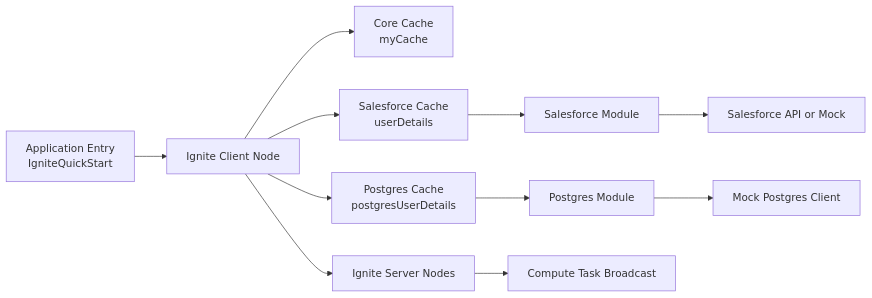
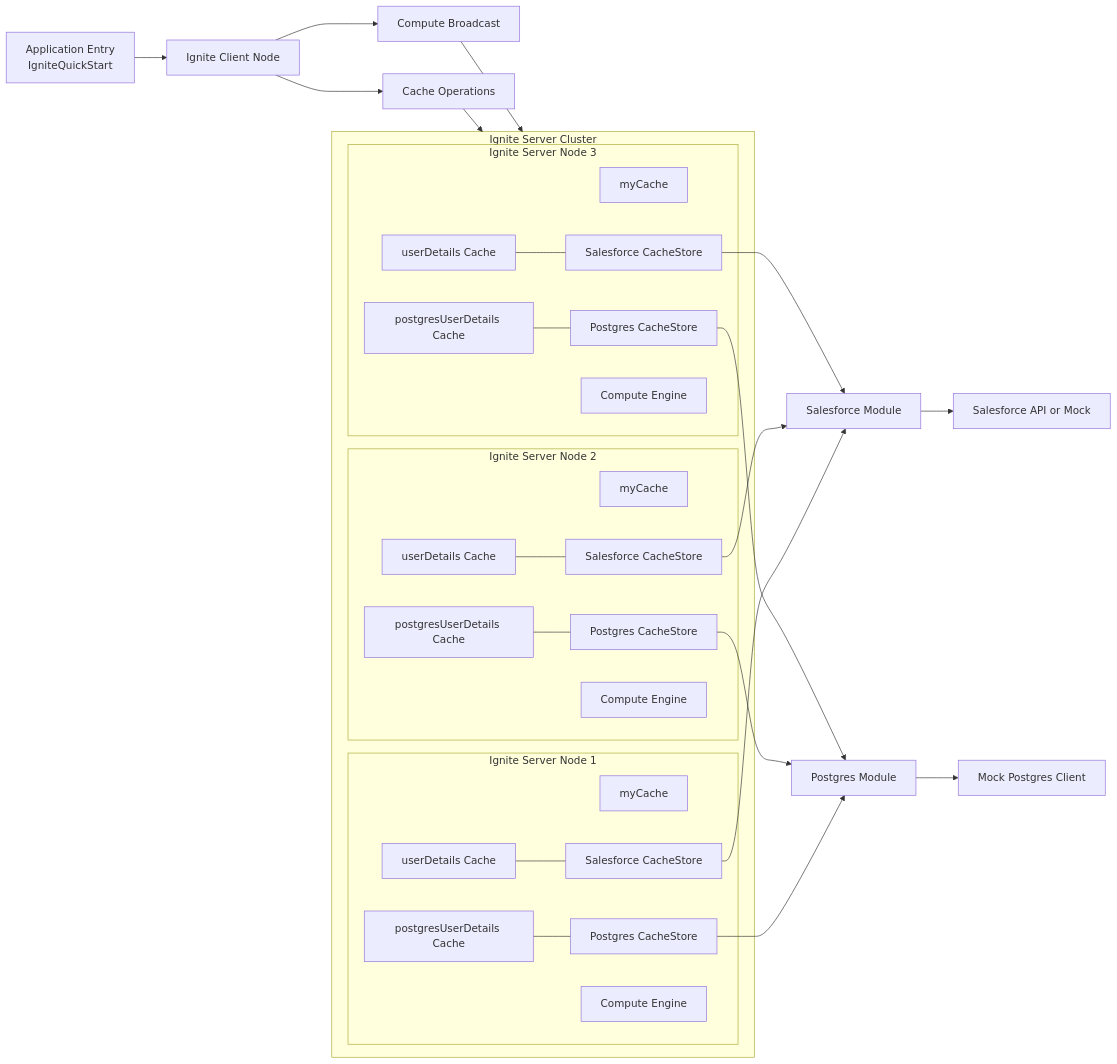
One commit to nmuppalla-mdvip/ignite-poc changed the diagram in docs/HIGH_LEVEL_BLOCK_DIAGRAM.md. Above: the diagram before and after it, drawn with Mermaid. The commit also changed other lines of this file, not shown here.

Commit message:
add flow

````diff
--- a/docs/HIGH_LEVEL_BLOCK_DIAGRAM.md
+++ b/docs/HIGH_LEVEL_BLOCK_DIAGRAM.md
@@ -5,21 +5,56 @@
 ```mermaid
 flowchart LR
     A[Application Entry
 IgniteQuickStart] --> B[Ignite Client Node]
 
-    B --> C[Core Cache
-myCache]
-    B --> D[Salesforce Cache
-userDetails]
-    B --> E[Postgres Cache
-postgresUserDetails]
+    B --> R1[Cache Operations]
+    B --> R2[Compute Broadcast]
 
-    D --> F[Salesforce Module]
+    subgraph CLUSTER[Ignite Server Cluster]
+        subgraph J1[Ignite Server Node 1]
+            J1A[myCache]
+            J1B[userDetails Cache]
+            J1C[postgresUserDetails Cache]
+            J1D[Salesforce CacheStore]
+            J1E[Postgres CacheStore]
+            J1F[Compute Engine]
+            J1B --- J1D
+            J1C --- J1E
+        end
+
+        subgraph J2[Ignite Server Node 2]
+            J2A[myCache]
+            J2B[userDetails Cache]
+            J2C[postgresUserDetails Cache]
+            J2D[Salesforce CacheStore]
+            J2E[Postgres CacheStore]
+            J2F[Compute Engine]
+            J2B --- J2D
+            J2C --- J2E
+        end
+
+        subgraph J3[Ignite Server Node 3]
+            J3A[myCache]
+            J3B[userDetails Cache]
+            J3C[postgresUserDetails Cache]
+            J3D[Salesforce CacheStore]
+            J3E[Postgres CacheStore]
+            J3F[Compute Engine]
+            J3B --- J3D
+            J3C --- J3E
+        end
+    end
+
+    R1 --> CLUSTER
+    R2 --> CLUSTER
+
+    J1D --> F[Salesforce Module]
+    J2D --> F
+    J3D --> F
     F --> G[Salesforce API or Mock]
 
-    E --> H[Postgres Module]
+    J1E --> H[Postgres Module]
+    J2E --> H
+    J3E --> H
     H --> I[Mock Postgres Client]
-
-    B --> J[Ignite Server Nodes]
-    J --> K[Compute Task Broadcast]
 ```
````
